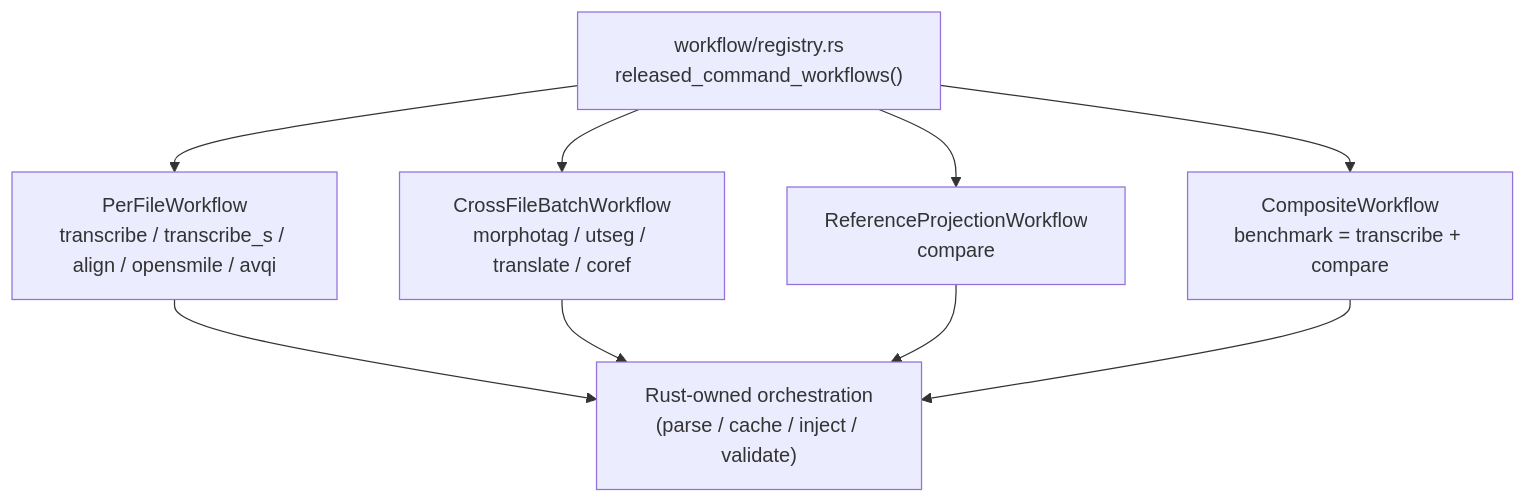
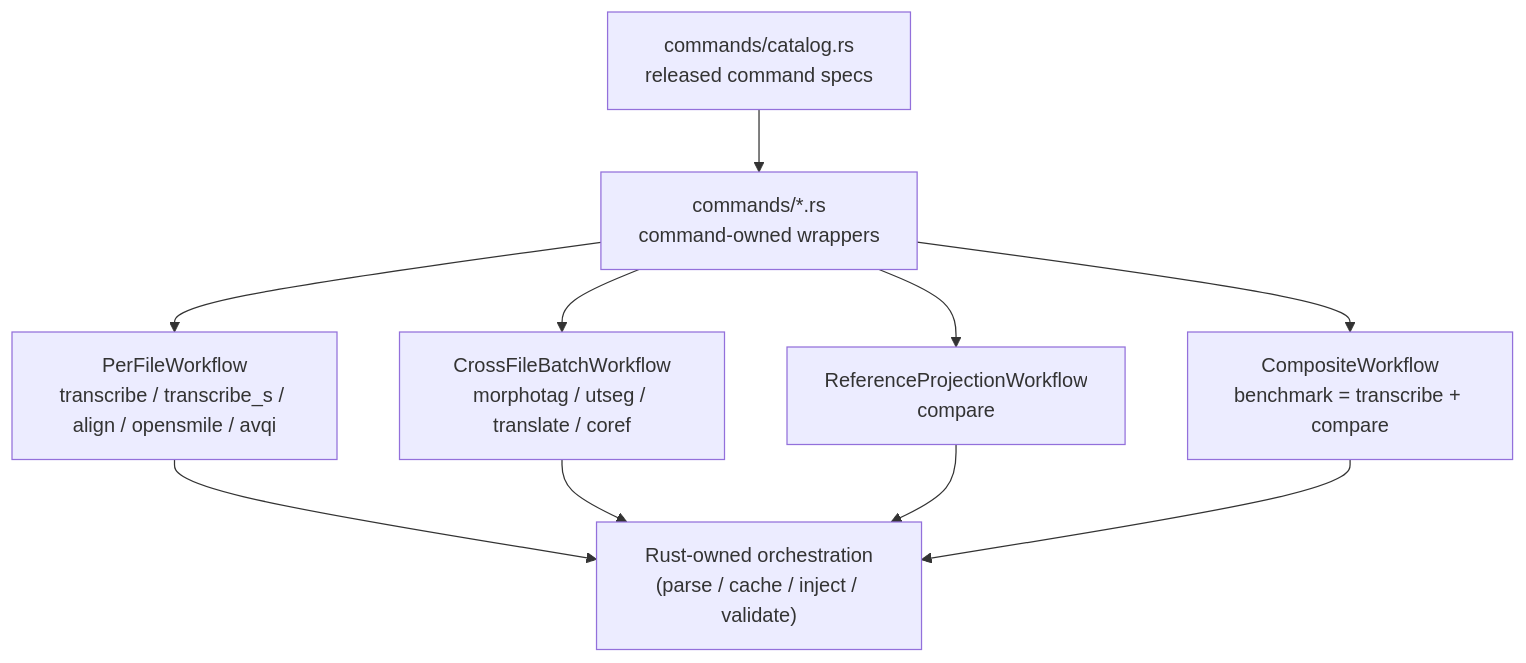
The diagram in book/src/architecture/pipeline-system.md (TalkBank/batchalign3), drawn with Mermaid before and after one commit. The commit also changed other lines of this file and 193 other files, not shown here.

First line of the commit message:
Rework command architecture and fix worker lifecycle

````diff
--- a/book/src/architecture/pipeline-system.md
+++ b/book/src/architecture/pipeline-system.md
@@ -39,18 +43,20 @@
 ```mermaid
 flowchart TD
-    registry["workflow/registry.rs\nreleased_command_workflows()"]
+    registry["commands/catalog.rs\nreleased command specs"]
+    command["commands/*.rs\ncommand-owned wrappers"]
     perfile["PerFileWorkflow\ntranscribe / transcribe_s / align / opensmile / avqi"]
     batched["CrossFileBatchWorkflow\nmorphotag / utseg / translate / coref"]
     projection["ReferenceProjectionWorkflow\ncompare"]
     composite["CompositeWorkflow\nbenchmark = transcribe + compare"]
     rust["Rust-owned orchestration\n(parse / cache / inject / validate)"]
 
-    registry --> perfile
-    registry --> batched
-    registry --> projection
-    registry --> composite
+    registry --> command
+    command --> perfile
+    command --> batched
+    command --> projection
+    command --> composite
     perfile --> rust
     batched --> rust
     projection --> rust
     composite --> rust
 ```
````
